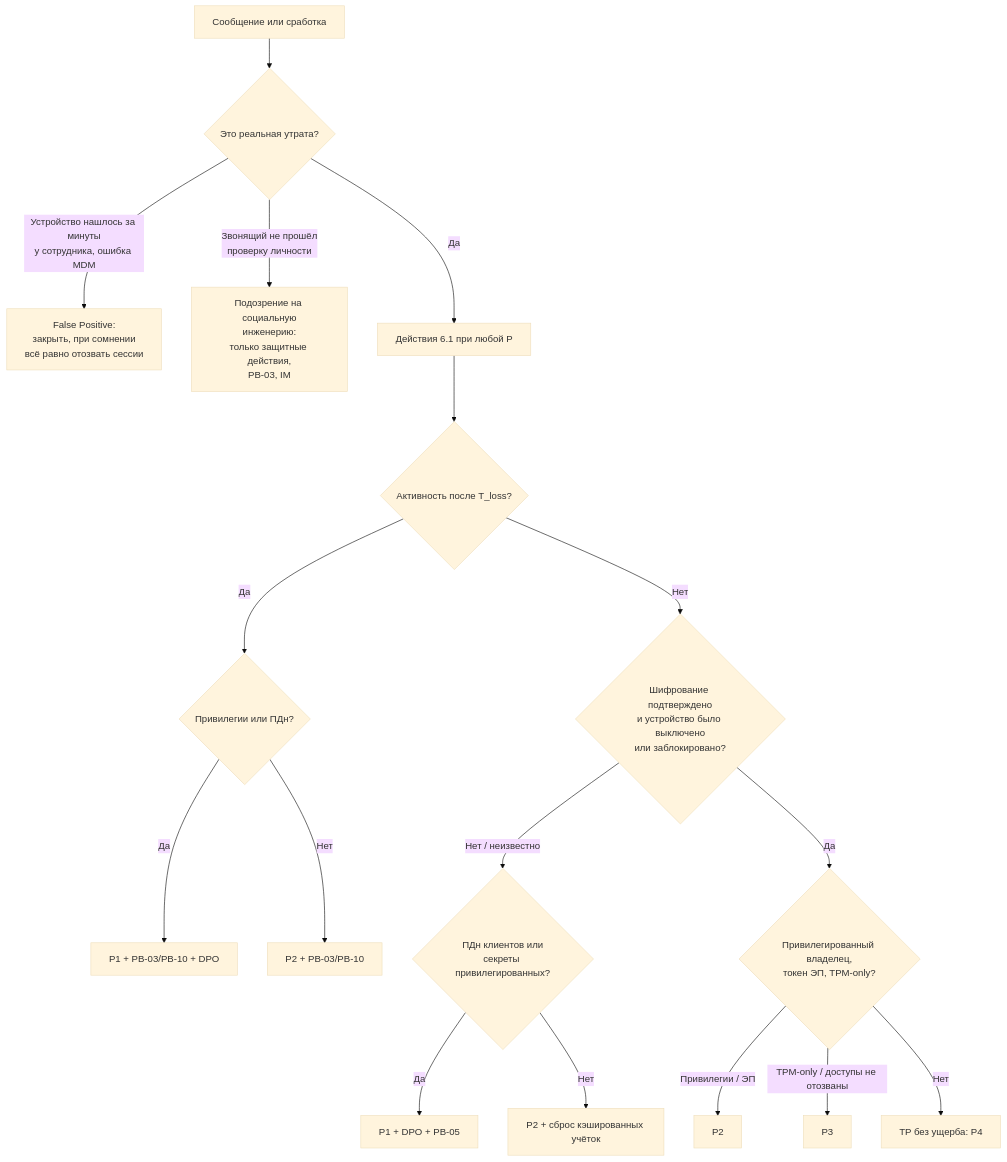
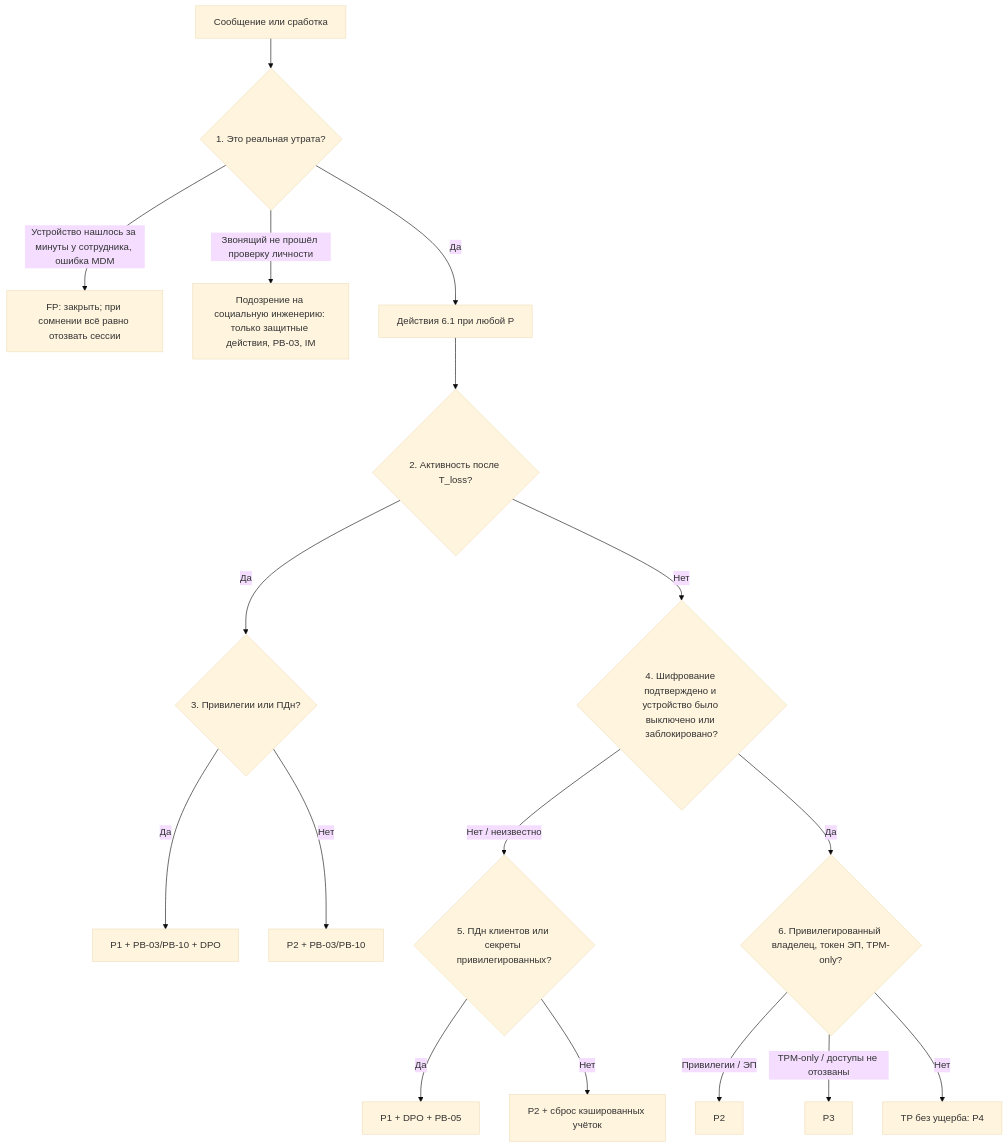
Before and after one commit to vehpbkrby/security-playbook: the diagram in playbooks/PB-09-lost-device.md, drawn with Mermaid (base theme). The commit also changed other lines of this file and 13 other files, not shown here.

````diff
--- a/playbooks/PB-09-lost-device.md
+++ b/playbooks/PB-09-lost-device.md
@@ -149,19 +151,19 @@
 ```mermaid
 flowchart TD
-    A[Сообщение или сработка] --> V{Это реальная утрата?}
-    V -- Устройство нашлось за минуты<br/>у сотрудника, ошибка MDM --> FP[False Positive:<br/>закрыть, при сомнении<br/>всё равно отозвать сессии]
-    V -- Звонящий не прошёл<br/>проверку личности --> SE[Подозрение на социальную<br/>инженерию:<br/>только защитные действия,<br/>PB-03, IM]
-    V -- Да --> C[Действия 6.1 при любой P]
-    C --> X{Активность после T_loss?}
-    X -- Да --> ACT{Привилегии или ПДн?}
-    ACT -- Да --> P1A[P1 + PB-03/PB-10 + DPO]
-    ACT -- Нет --> P2A[P2 + PB-03/PB-10]
-    X -- Нет --> E{Шифрование подтверждено<br/>и устройство было выключено<br/>или заблокировано?}
-    E -- Нет / неизвестно --> D{ПДн клиентов или<br/>секреты привилегированных?}
-    D -- Да --> P1B[P1 + DPO + PB-05]
-    D -- Нет --> P2B[P2 + сброс кэшированных учёток]
-    E -- Да --> F{Привилегированный владелец,<br/>токен ЭП, TPM-only?}
-    F -- Привилегии / ЭП --> P2C[P2]
-    F -- TPM-only / доступы не отозваны --> P3[P3]
-    F -- Нет --> P4[TP без ущерба: P4]
+    A["Сообщение или сработка"] --> V{"1. Это реальная утрата?"}
+    V -- "Устройство нашлось за минуты у сотрудника, ошибка MDM" --> FP["FP: закрыть; при сомнении всё равно отозвать сессии"]
+    V -- "Звонящий не прошёл проверку личности" --> SE["Подозрение на социальную инженерию: только защитные действия, PB-03, IM"]
+    V -- "Да" --> C["Действия 6.1 при любой P"]
+    C --> X{"2. Активность после T_loss?"}
+    X -- "Да" --> ACT{"3. Привилегии или ПДн?"}
+    ACT -- "Да" --> P1A["P1 + PB-03/PB-10 + DPO"]
+    ACT -- "Нет" --> P2A["P2 + PB-03/PB-10"]
+    X -- "Нет" --> E{"4. Шифрование подтверждено и устройство было выключено или заблокировано?"}
+    E -- "Нет / неизвестно" --> D{"5. ПДн клиентов или секреты привилегированных?"}
+    D -- "Да" --> P1B["P1 + DPO + PB-05"]
+    D -- "Нет" --> P2B["P2 + сброс кэшированных учёток"]
+    E -- "Да" --> F{"6. Привилегированный владелец, токен ЭП, TPM-only?"}
+    F -- "Привилегии / ЭП" --> P2C["P2"]
+    F -- "TPM-only / доступы не отозваны" --> P3["P3"]
+    F -- "Нет" --> P4["TP без ущерба: P4"]
 ```
````
